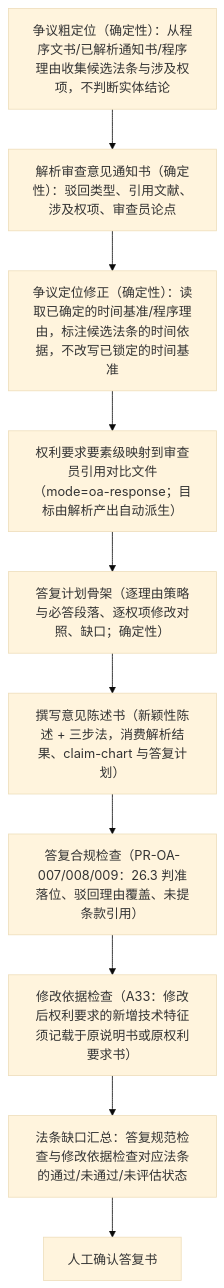
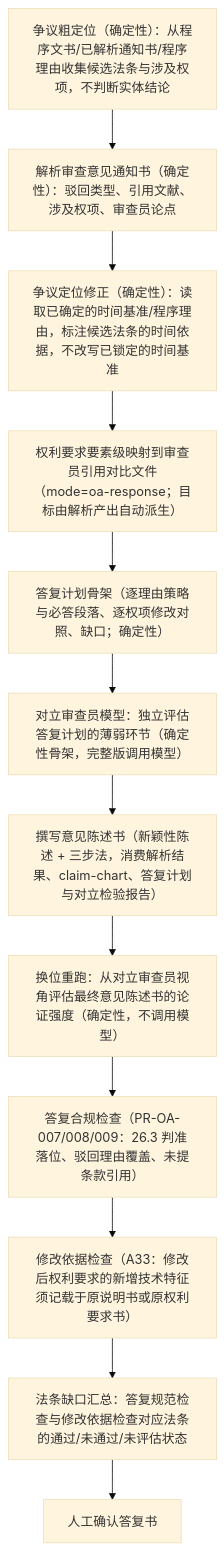
One commit to xujian519/deepseek-harness changed the diagram in snapshots/session/patent-oa-response/workspace.expected/data/cases/CN2024-0001/workflow-runs/CN2024-0001__patent_oa_response_v1.mmd. Above: the diagram before and after it, drawn with Mermaid (base theme). The commit also changed 24 other files, not shown here.

First line of the commit message:
fix(patent,legal): close the full lint gate and restore the deterministic response-check stage

```diff
--- a/snapshots/session/patent-oa-response/workspace.expected/data/cases/CN2024-0001/workflow-runs/CN2024-0001__patent_oa_response_v1.mmd
+++ b/snapshots/session/patent-oa-response/workspace.expected/data/cases/CN2024-0001/workflow-runs/CN2024-0001__patent_oa_response_v1.mmd
@@ -1,20 +1,24 @@
 flowchart TD
   dispute-framing["争议粗定位（确定性）：从程序文书/已解析通知书/程序理由收集候选法条与涉及权项，不判断实体结论"]
   parse["解析审查意见通知书（确定性）：驳回类型、引用文献、涉及权项、审查员论点"]
   dispute-framing-refine["争议定位修正（确定性）：读取已确定的时间基准/程序理由，标注候选法条的时间依据，不改写已锁定的时间基准"]
   claim-chart["权利要求要素级映射到审查员引用对比文件（mode=oa-response；目标由解析产出自动派生）"]
   response-plan["答复计划骨架（逐理由策略与必答段落、逐权项修改对照、缺口；确定性）"]
-  draft["撰写意见陈述书（新颖性陈述 + 三步法，消费解析结果、claim-chart 与答复计划）"]
+  adversary-model["对立审查员模型：独立评估答复计划的薄弱环节（确定性骨架，完整版调用模型）"]
+  draft["撰写意见陈述书（新颖性陈述 + 三步法，消费解析结果、claim-chart、答复计划与对立检验报告）"]
+  adversary-review["换位重跑：从对立审查员视角评估最终意见陈述书的论证强度（确定性，不调用模型）"]
   response_check["答复合规检查（PR-OA-007/008/009：26.3 判准落位、驳回理由覆盖、未提条款引用）"]
   amendment_basis["修改依据检查（A33：修改后权利要求的新增技术特征须记载于原说明书或原权利要求书）"]
   legal_gaps["法条缺口汇总：答复规范检查与修改依据检查对应法条的通过/未通过/未评估状态"]
   approval["人工确认答复书"]
   dispute-framing --> parse
   parse --> dispute-framing-refine
   dispute-framing-refine --> claim-chart
   claim-chart --> response-plan
-  response-plan --> draft
-  draft --> response_check
+  response-plan --> adversary-model
+  adversary-model --> draft
+  draft --> adversary-review
+  adversary-review --> response_check
   response_check --> amendment_basis
   amendment_basis --> legal_gaps
   legal_gaps --> approval
```
